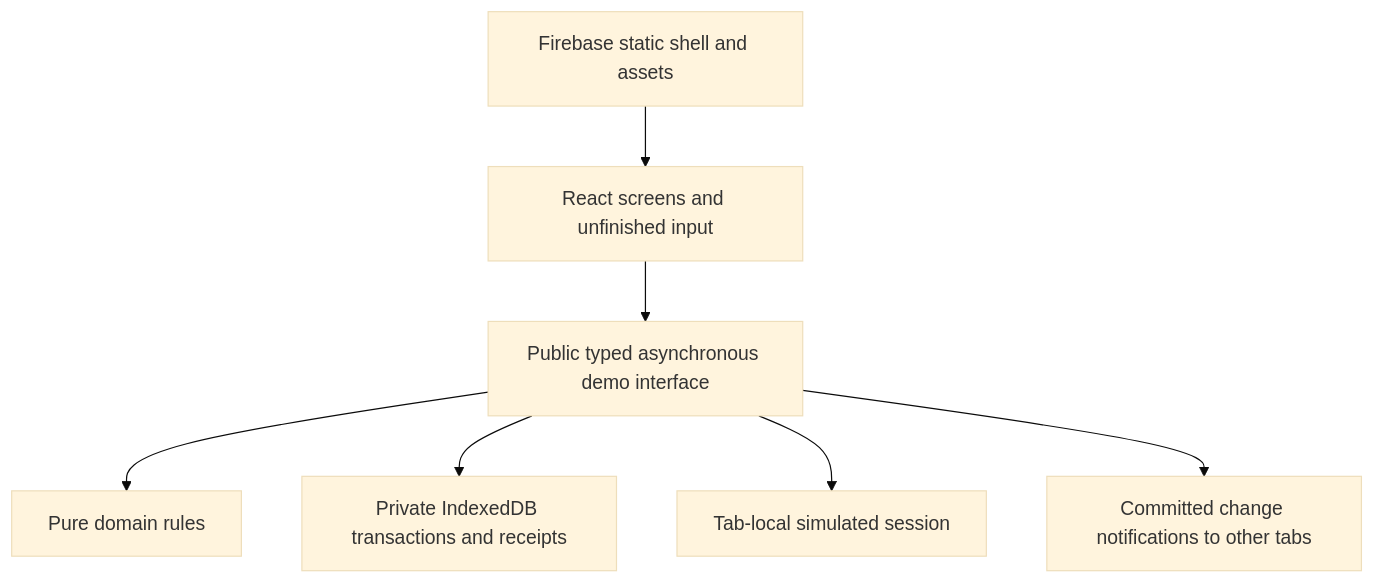
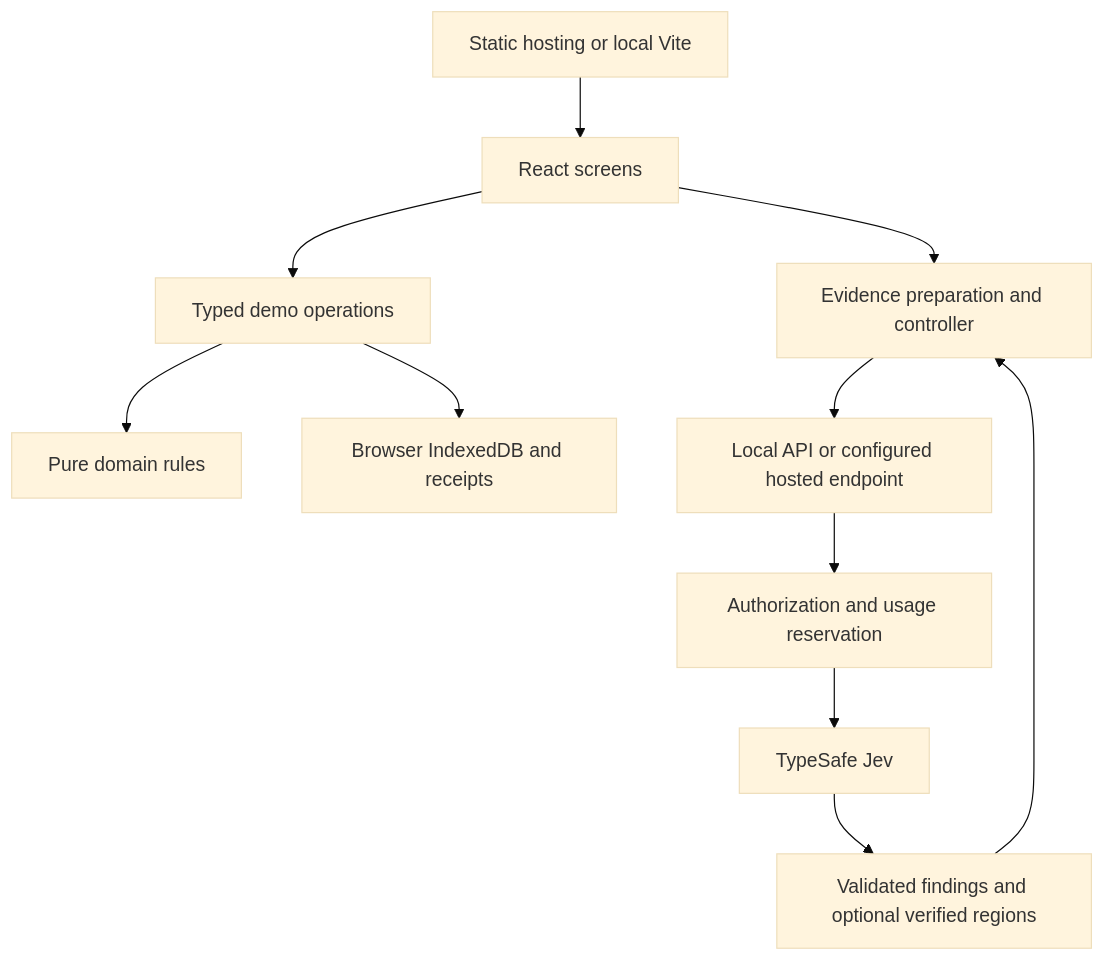
One commit to mohammed-najib/rifd-financing-demo changed the diagram in docs/architecture.md. Above: the diagram before and after it, drawn with Mermaid (base theme). The commit also changed other lines of this file and 62 other files, not shown here.

````diff
--- a/docs/architecture.md
+++ b/docs/architecture.md
@@ -5,9 +7,13 @@
 ```mermaid
 flowchart TD
-  Screens[React screens and unfinished input] --> Demo[Public typed asynchronous demo interface]
-  Demo --> Domain[Pure domain rules]
-  Demo --> Store[Private IndexedDB transactions and receipts]
-  Demo --> Sessions[Tab-local simulated session]
-  Demo --> Events[Committed change notifications to other tabs]
-  Hosting[Firebase static shell and assets] --> Screens
+  Hosting[Static hosting or local Vite] --> UI[React screens]
+  UI --> Demo[Typed demo operations]
+  Demo --> Rules[Pure domain rules]
+  Demo --> Store[Browser IndexedDB and receipts]
+  UI --> Assistance[Evidence preparation and controller]
+  Assistance --> API[Local API or configured hosted endpoint]
+  API --> Admission[Authorization and usage reservation]
+  Admission --> Jev[TypeSafe Jev]
+  Jev --> Findings[Validated findings and optional verified regions]
+  Findings --> Assistance
 ```
````
